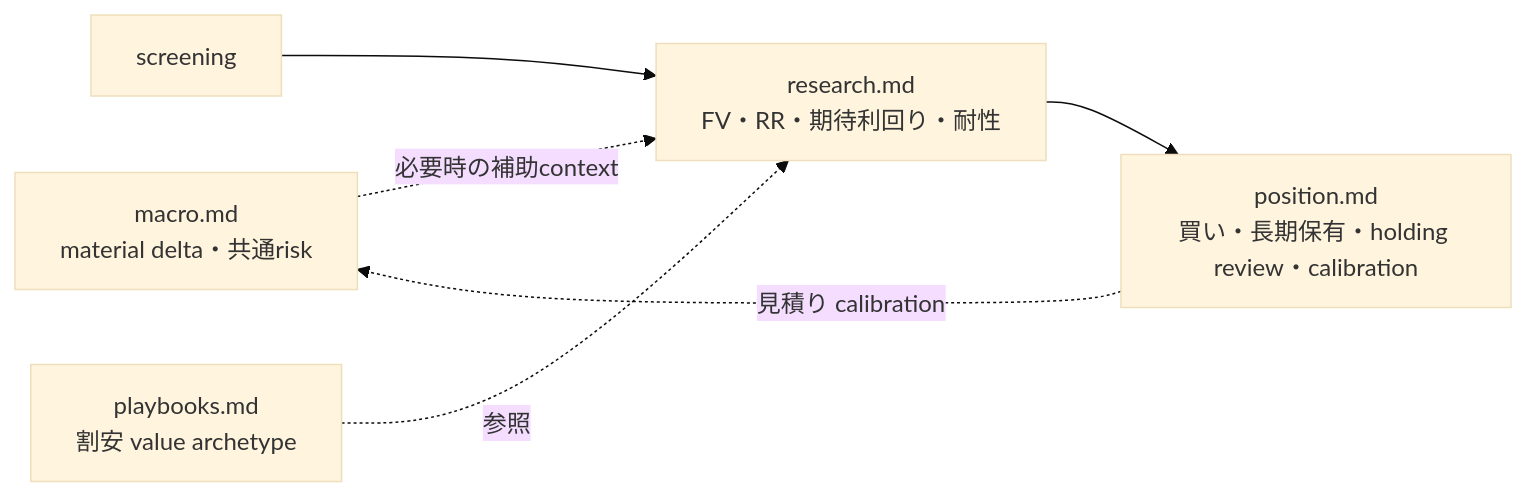
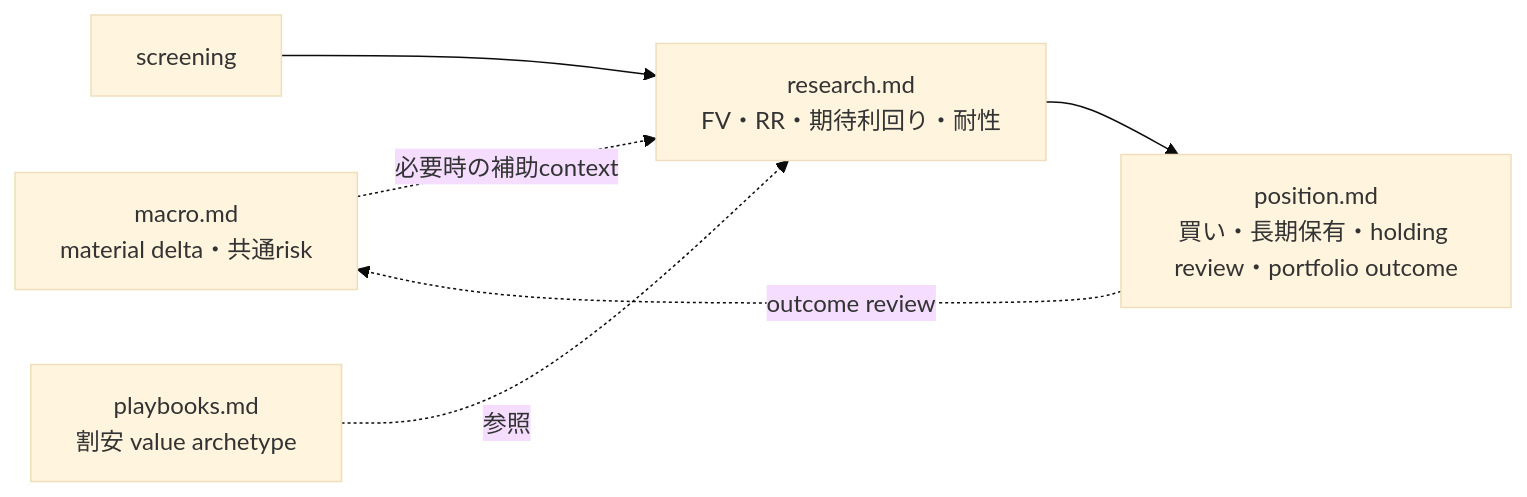
Before and after one commit to koumatsumoto/baibai-loop: the diagram in docs/workflow/README.md, drawn with Mermaid (base theme). The commit also changed other lines of this file and 82 other files, not shown here.

````diff
--- a/docs/workflow/README.md
+++ b/docs/workflow/README.md
@@ -13,8 +13,8 @@
 ```mermaid
 flowchart LR
   macro["macro.md<br/>material delta・共通risk"] -.必要時の補助context.-> research["research.md<br/>FV・RR・期待利回り・耐性"]
   screening --> research["research.md<br/>FV・RR・期待利回り・耐性"]
-  research --> position["position.md<br/>買い・長期保有・holding review・calibration"]
-  position -.見積り calibration.-> macro
+  research --> position["position.md<br/>買い・長期保有・holding review・portfolio outcome"]
+  position -.outcome review.-> macro
   playbooks["playbooks.md<br/>割安 value archetype"] -.参照.-> research
 ```
````
